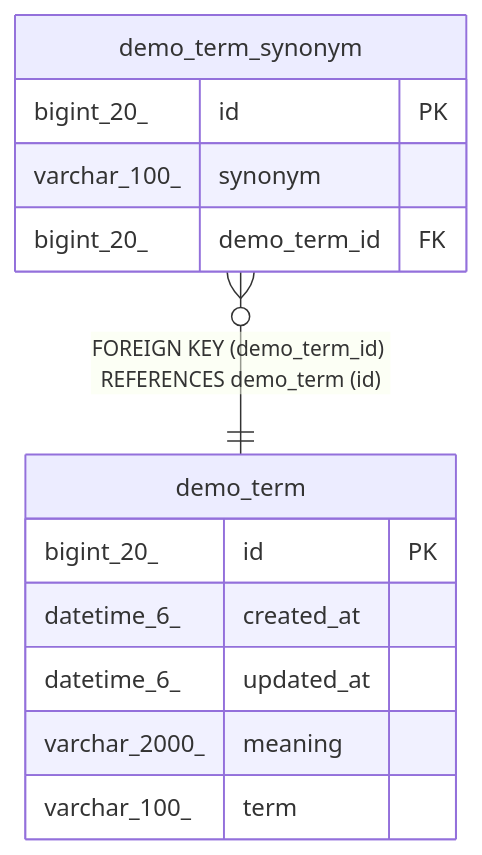
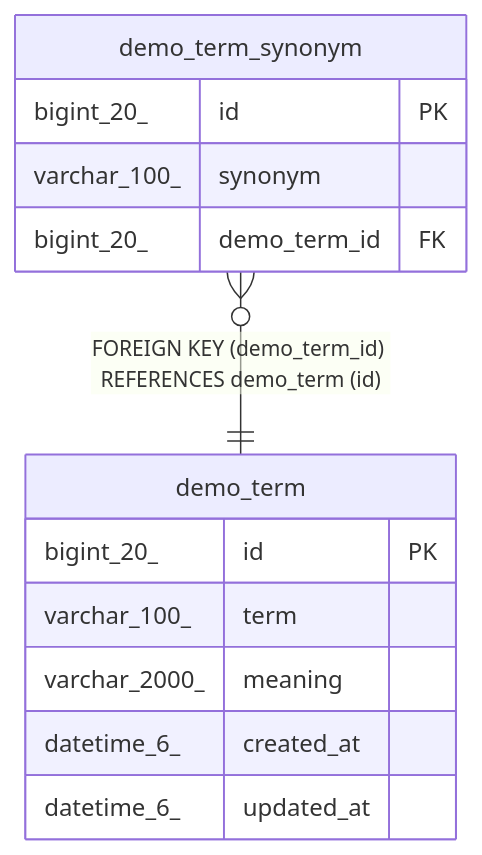
One commit to makevook/vook-server changed the diagram in docs/schema/demo_term.md. Above: the diagram before and after it, drawn with Mermaid. The commit also changed other lines of this file and 11 other files, not shown here.

````diff
--- a/docs/schema/demo_term.md
+++ b/docs/schema/demo_term.md
@@ -45,18 +47,18 @@
 ```mermaid
 erDiagram
 
 "demo_term_synonym" }o--|| "demo_term" : "FOREIGN KEY (demo_term_id) REFERENCES demo_term (id)"
 
 "demo_term" {
   bigint_20_ id PK
+  varchar_100_ term
+  varchar_2000_ meaning
   datetime_6_ created_at
   datetime_6_ updated_at
-  varchar_2000_ meaning
-  varchar_100_ term
 }
 "demo_term_synonym" {
   bigint_20_ id PK
   varchar_100_ synonym
   bigint_20_ demo_term_id FK
 }
 ```
````
